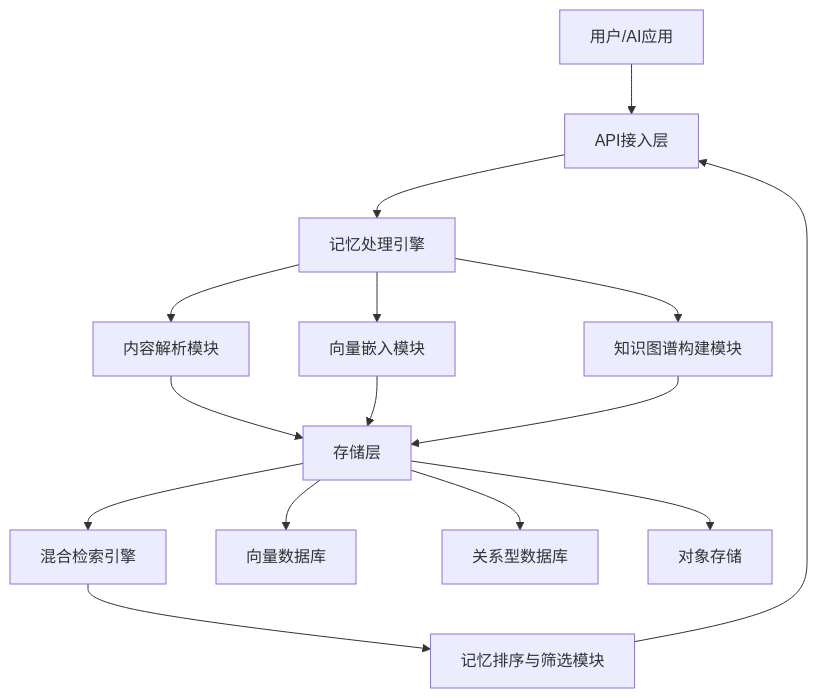
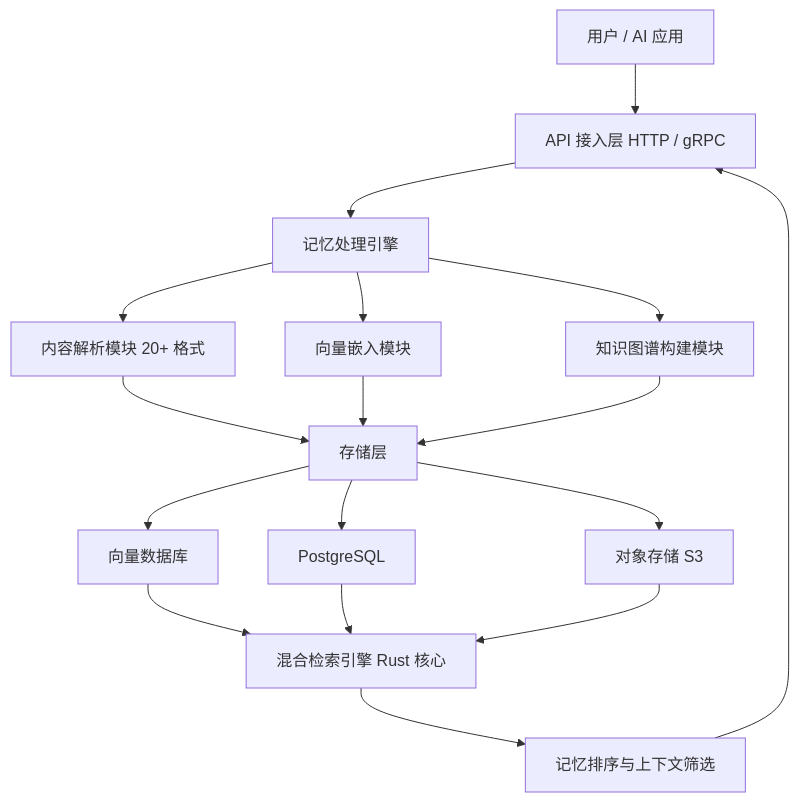
Before and after one commit to Everloster/EverAgent: the diagram in github-trending-analyzer/github-trending-reports/research_supermemoryai_supermemory.md, drawn with Mermaid. The commit also changed other lines of this file and 9 other files, not shown here.

````diff
--- a/github-trending-analyzer/github-trending-reports/research_supermemoryai_supermemory.md
+++ b/github-trending-analyzer/github-trending-reports/research_supermemoryai_supermemory.md
@@ -79,17 +33,17 @@
 ```mermaid
 flowchart TD
-    A[用户/AI应用] --> B[API接入层]
+    A[用户 / AI 应用] --> B[API 接入层 HTTP / gRPC]
     B --> C[记忆处理引擎]
-    C --> D[内容解析模块]
+    C --> D[内容解析模块 20+ 格式]
     C --> E[向量嵌入模块]
     C --> F[知识图谱构建模块]
     D --> G[存储层]
     E --> G
     F --> G
-    G --> H[混合检索引擎]
-    H --> I[记忆排序与筛选模块]
+    G --> G1[向量数据库]
+    G --> G2[PostgreSQL]
+    G --> G3[对象存储 S3]
+    G1 & G2 & G3 --> H[混合检索引擎 Rust 核心]
+    H --> I[记忆排序与上下文筛选]
     I --> B
-    G[存储层] --> G1[向量数据库]
-    G --> G2[关系型数据库]
-    G --> G3[对象存储]
 ```
````
